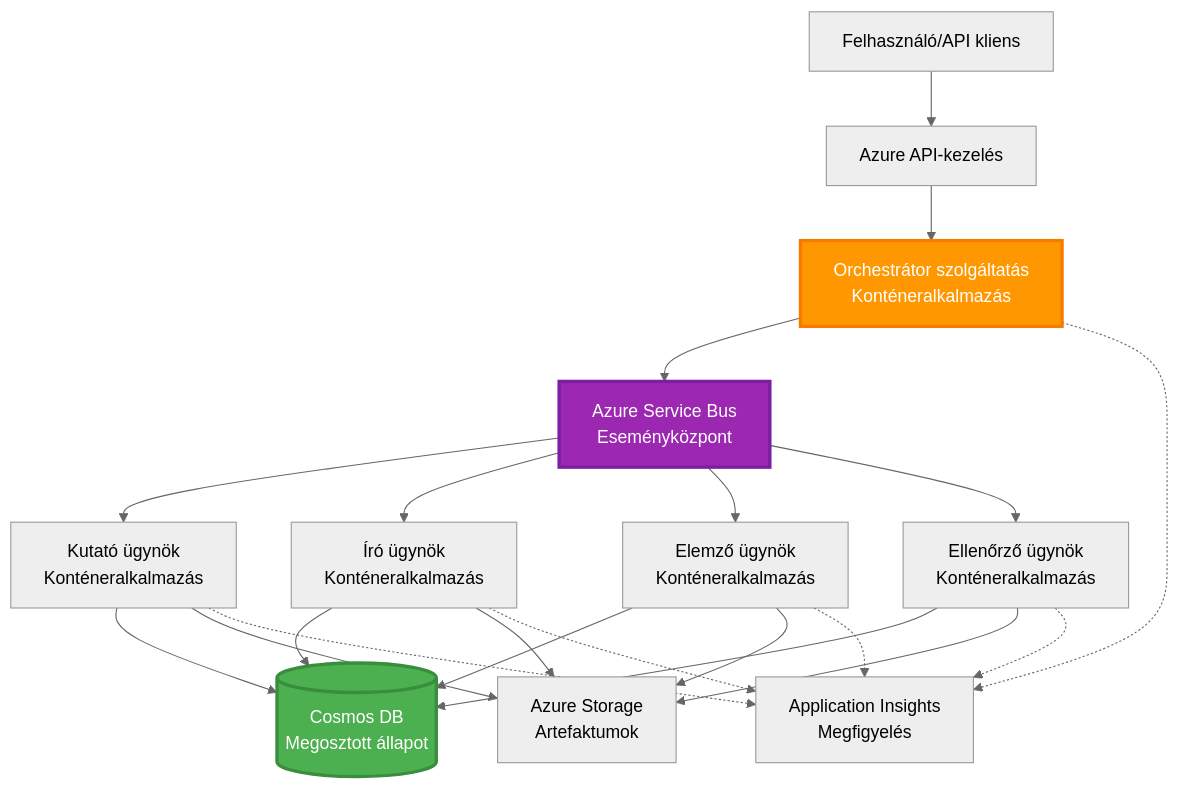
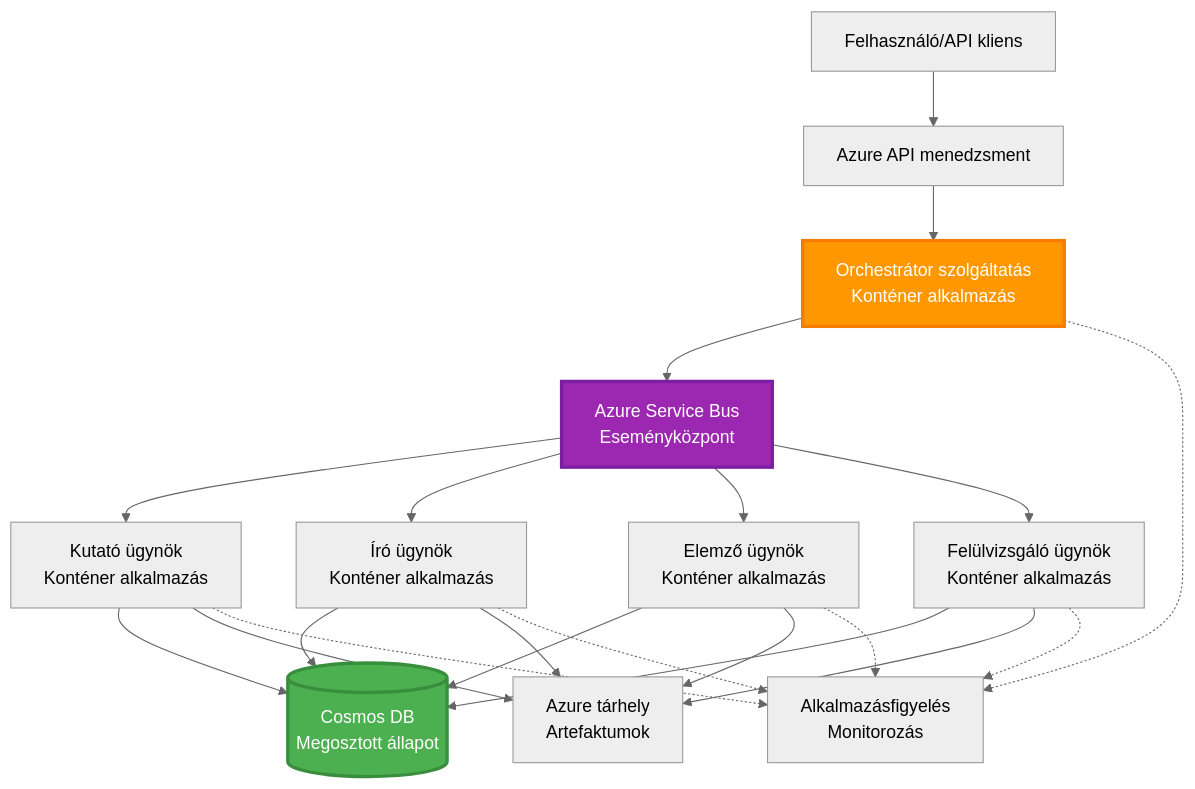
One commit to microsoft/AZD-for-beginners changed the sixth of 6 diagrams in translations/hu/docs/chapter-06-pre-deployment/coordination-patterns.md. Above: the diagram before and after it, drawn with Mermaid (neutral theme). The commit also changed other lines of this file and 101 other files, not shown here.

````diff
--- a/translations/hu/docs/chapter-06-pre-deployment/coordination-patterns.md
+++ b/translations/hu/docs/chapter-06-pre-deployment/coordination-patterns.md
@@ -271,45 +265,45 @@
 ```mermaid
 graph TB
     User[Felhasználó/API kliens]
-    APIM[Azure API-kezelés]
-    Orchestrator[Orchestrátor szolgáltatás<br/>Konténeralkalmazás]
+    APIM[Azure API menedzsment]
+    Orchestrator[Orchestrátor szolgáltatás<br/>Konténer alkalmazás]
     ServiceBus[Azure Service Bus<br/>Eseményközpont]
     
-    Agent1[Kutató ügynök<br/>Konténeralkalmazás]
-    Agent2[Író ügynök<br/>Konténeralkalmazás]
-    Agent3[Elemző ügynök<br/>Konténeralkalmazás]
-    Agent4[Ellenőrző ügynök<br/>Konténeralkalmazás]
+    Agent1[Kutató ügynök<br/>Konténer alkalmazás]
+    Agent2[Író ügynök<br/>Konténer alkalmazás]
+    Agent3[Elemző ügynök<br/>Konténer alkalmazás]
+    Agent4[Felülvizsgáló ügynök<br/>Konténer alkalmazás]
     
     CosmosDB[(Cosmos DB<br/>Megosztott állapot)]
-    Storage[Azure Storage<br/>Artefaktumok]
-    AppInsights[Application Insights<br/>Megfigyelés]
+    Storage[Azure tárhely<br/>Artefaktumok]
+    AppInsights[Alkalmazásfigyelés<br/>Monitorozás]
     
     User --> APIM
     APIM --> Orchestrator
     
     Orchestrator --> ServiceBus
     ServiceBus --> Agent1
     ServiceBus --> Agent2
     ServiceBus --> Agent3
     ServiceBus --> Agent4
     
     Agent1 --> CosmosDB
     Agent2 --> CosmosDB
     Agent3 --> CosmosDB
     Agent4 --> CosmosDB
     
     Agent1 --> Storage
     Agent2 --> Storage
     Agent3 --> Storage
     Agent4 --> Storage
     
     Orchestrator -.-> AppInsights
     Agent1 -.-> AppInsights
     Agent2 -.-> AppInsights
     Agent3 -.-> AppInsights
     Agent4 -.-> AppInsights
     
     style Orchestrator fill:#FF9800,stroke:#F57C00,stroke-width:3px,color:#fff
     style ServiceBus fill:#9C27B0,stroke:#7B1FA2,stroke-width:3px,color:#fff
     style CosmosDB fill:#4CAF50,stroke:#388E3C,stroke-width:3px,color:#fff
-```
+```  
````
